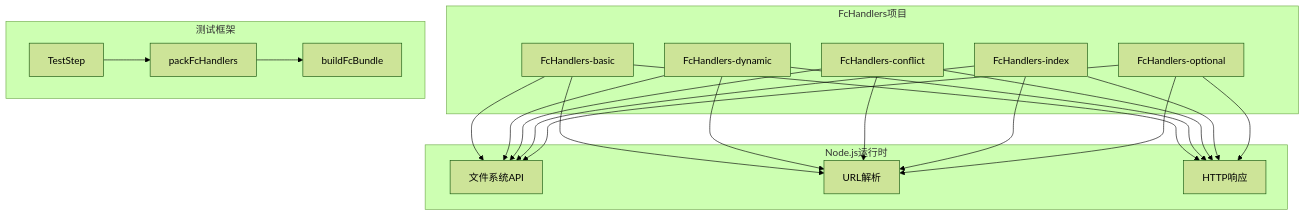
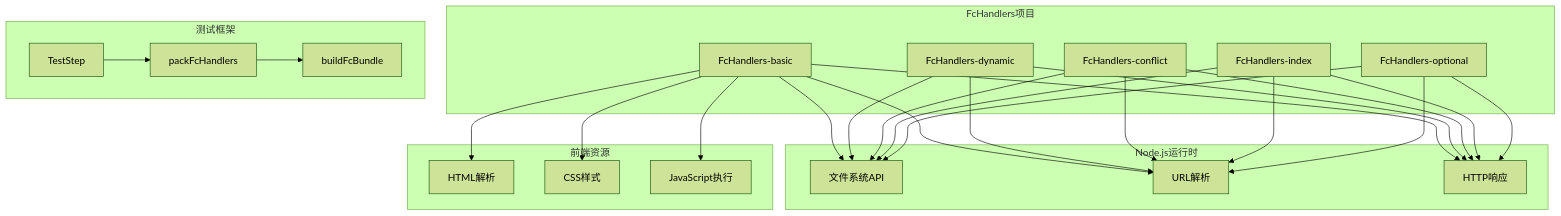
One commit to esa-sp/test-for-aone-ci changed diagram 15 of 15 in .qoder/repowiki/zh/content/后端框架测试/无服务器函数处理器测试.md. Above: the diagram before and after it, drawn with Mermaid (forest theme). The commit also changed other lines of this file and 38 other files, not shown here.

````diff
--- a/.qoder/repowiki/zh/content/后端框架测试/无服务器函数处理器测试.md
+++ b/.qoder/repowiki/zh/content/后端框架测试/无服务器函数处理器测试.md
@@ -431,37 +564,45 @@
 ```mermaid
 graph TB
 subgraph "FcHandlers项目"
 Basic["FcHandlers-basic"]
 Dynamic["FcHandlers-dynamic"]
 Conflict["FcHandlers-conflict"]
 Index["FcHandlers-index"]
 Optional["FcHandlers-optional"]
 end
 subgraph "Node.js运行时"
 FS["文件系统API"]
 URL["URL解析"]
 HTTP["HTTP响应"]
 end
+subgraph "前端资源"
+HTML["HTML解析"]
+CSS["CSS样式"]
+JS["JavaScript执行"]
+end
 subgraph "测试框架"
 TestStep["TestStep"]
 Pack["packFcHandlers"]
 Build["buildFcBundle"]
 end
 Basic --> FS
 Basic --> URL
 Basic --> HTTP
+Basic --> HTML
+Basic --> CSS
+Basic --> JS
 Dynamic --> FS
 Dynamic --> URL
 Dynamic --> HTTP
 Conflict --> FS
 Conflict --> URL
 Conflict --> HTTP
 Index --> FS
 Index --> URL
 Index --> HTTP
 Optional --> FS
 Optional --> URL
 Optional --> HTTP
 TestStep --> Pack
 Pack --> Build
 ```
````
